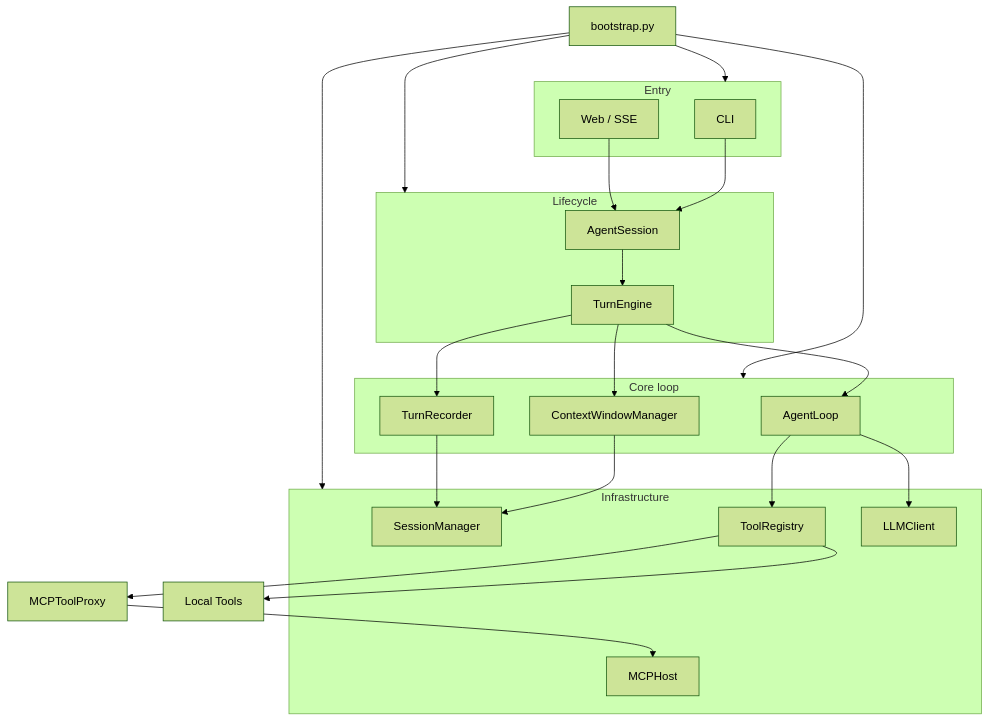
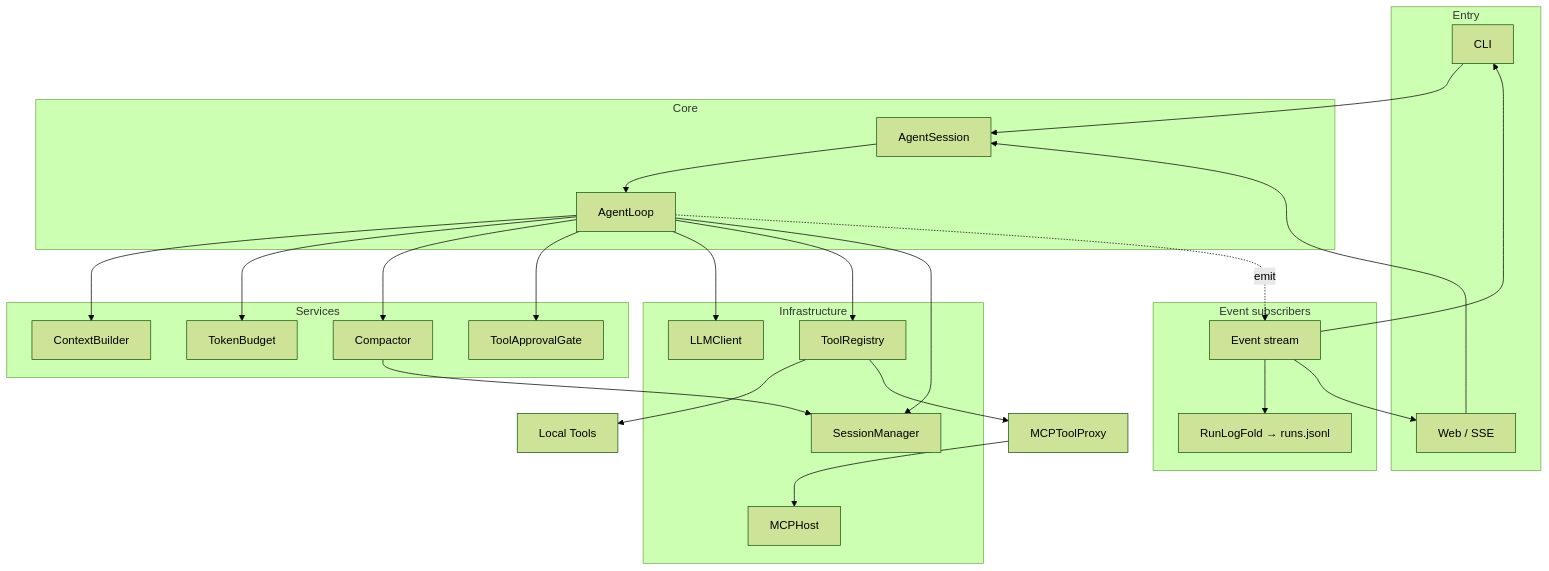
Before and after one commit to Jiminyang1/minibot: the diagram in README.en.md, drawn with Mermaid (forest theme). The commit also changed other lines of this file and 3 other files, not shown here.

First line of the commit message:
docs: core philosophy guide + refreshed architecture docs

````diff
--- a/README.en.md
+++ b/README.en.md
@@ -18,43 +18,50 @@
 ```mermaid
 flowchart TB
     subgraph entry [Entry]
         CLI[CLI]
         Web[Web / SSE]
     end
 
-    subgraph lifecycle [Lifecycle]
+    subgraph core [Core]
         AS[AgentSession]
-        TE[TurnEngine]
+        AL[AgentLoop]
     end
 
-    subgraph core [Core loop]
-        AL[AgentLoop]
-        CWM[ContextWindowManager]
-        TR[TurnRecorder]
+    subgraph services [Services]
+        CB[ContextBuilder]
+        TB[TokenBudget]
+        CP[Compactor]
+        GATE[ToolApprovalGate]
     end
 
     subgraph infra [Infrastructure]
         SM[SessionManager]
         TRG[ToolRegistry]
         MCP[MCPHost]
         LLM[LLMClient]
     end
 
+    subgraph subscribers [Event subscribers]
+        EV[Event stream]
+        FOLD[RunLogFold → runs.jsonl]
+    end
+
     CLI --> AS
     Web --> AS
-    AS --> TE
-    TE --> AL
-    TE --> CWM
-    TE --> TR
+    AS --> AL
+    AL --> CB
+    AL --> TB
+    AL --> CP
+    AL --> GATE
     AL --> LLM
     AL --> TRG
-    CWM --> SM
-    TR --> SM
-    bootstrap[bootstrap.py] --> entry
-    bootstrap --> lifecycle
-    bootstrap --> core
-    bootstrap --> infra
+    AL --> SM
+    CP --> SM
+    AL -. emit .-> EV
+    EV --> FOLD
+    EV --> CLI
+    EV --> Web
     TRG --> Local[Local Tools]
     TRG --> Proxy[MCPToolProxy]
     Proxy --> MCP
 ```
````
